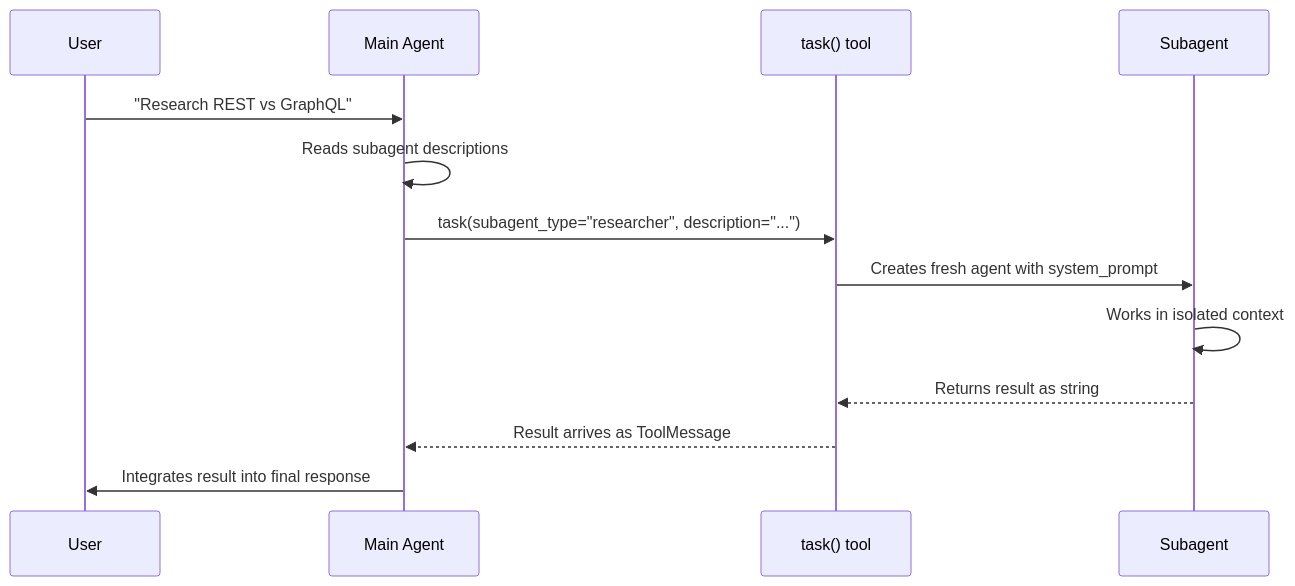
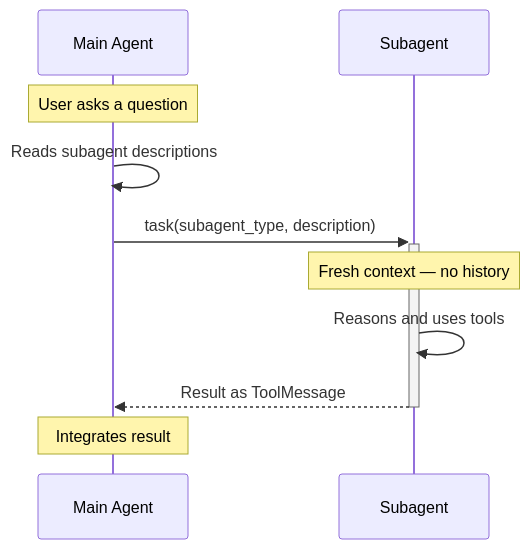
One commit to tonykay/showroom-deep-agents changed the second of 2 diagrams in content/modules/ROOT/pages/07-subagent-fundamentals.adoc. Above: the diagram before and after it, drawn with Mermaid.

Commit message:
Simplify task tool sequence diagram for readability
Reduce to two participants with shorter labels so the diagram
renders at a readable size in Antora.

```diff
--- a/content/modules/ROOT/pages/07-subagent-fundamentals.adoc
+++ b/content/modules/ROOT/pages/07-subagent-fundamentals.adoc
@@ -153,17 +153,14 @@
 [mermaid]
 ....
 sequenceDiagram
-    participant User
     participant Main as Main Agent
-    participant Task as task() tool
     participant Sub as Subagent
 
-    User->>Main: "Research REST vs GraphQL"
+    Note over Main: User asks a question
     Main->>Main: Reads subagent descriptions
-    Main->>Task: task(subagent_type="researcher", description="...")
-    Task->>Sub: Creates fresh agent with system_prompt
-    Sub->>Sub: Works in isolated context
-    Sub-->>Task: Returns result as string
-    Task-->>Main: Result arrives as ToolMessage
-    Main->>User: Integrates result into final response
+    Main->>+Sub: task(subagent_type, description)
+    Note over Sub: Fresh context — no history
+    Sub->>Sub: Reasons and uses tools
+    Sub-->>-Main: Result as ToolMessage
+    Note over Main: Integrates result
 ....
```
